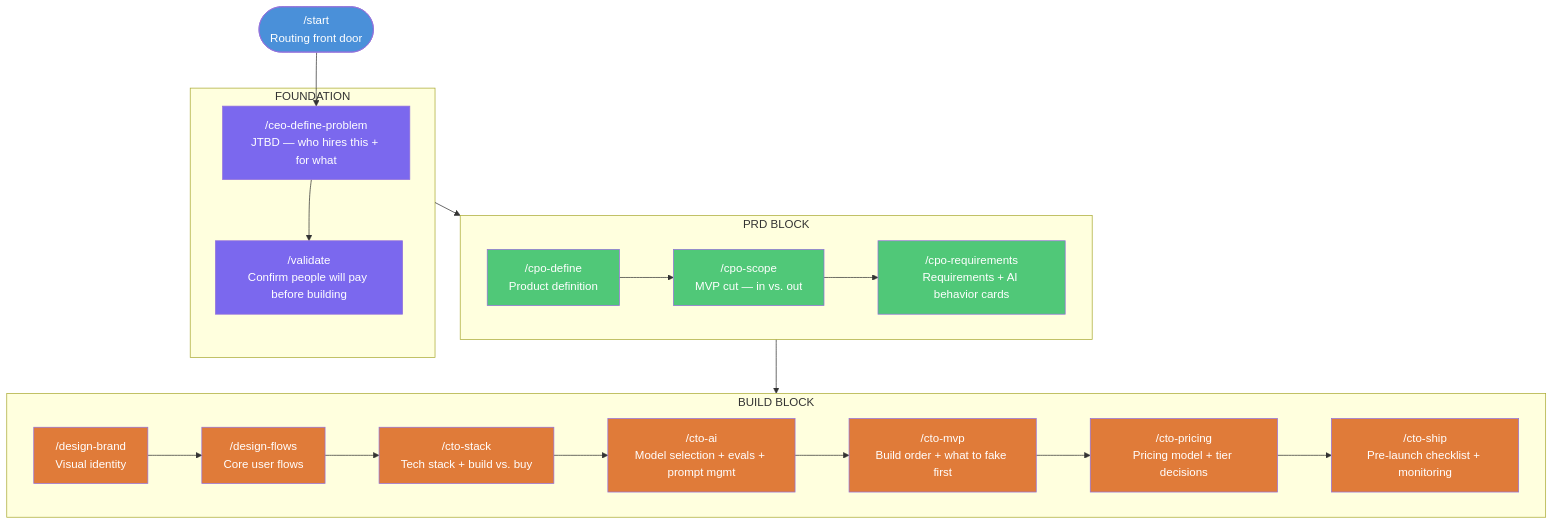
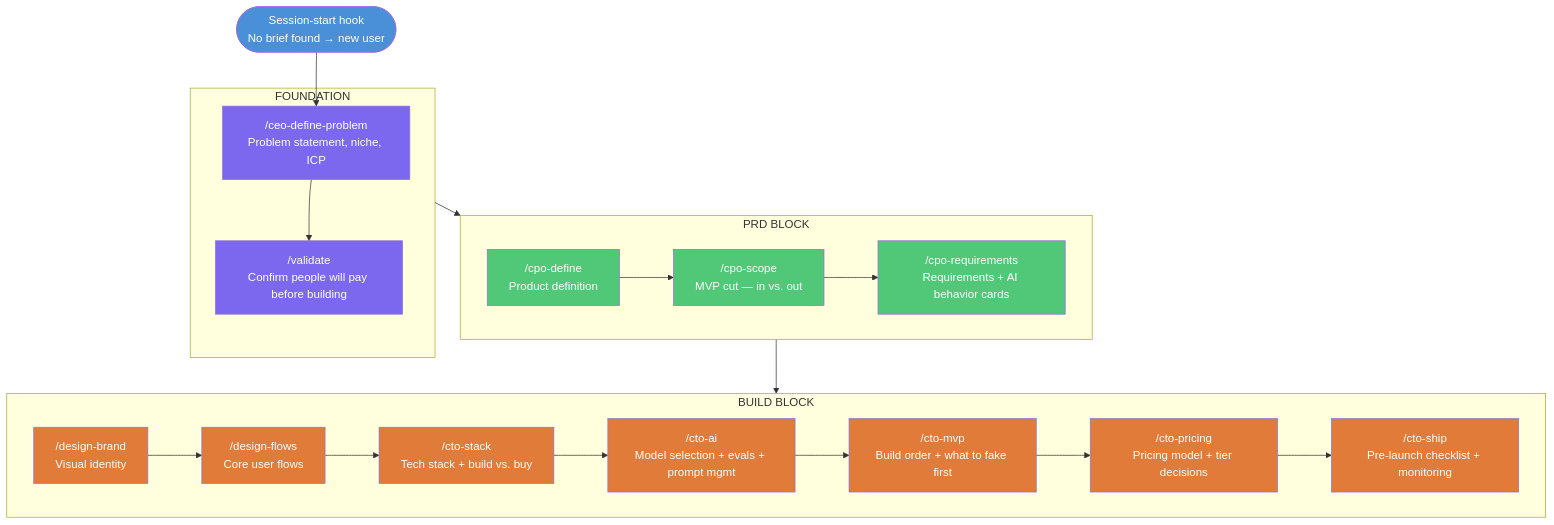
One commit to PattyOBrienNovak/WDAI-business-pdt-workflows changed the first of 3 diagrams in MVP-Spec-June-9.md. Above: the diagram before and after it, drawn with Mermaid. The commit also changed other lines of this file, not shown here.

First line of the commit message:
Rewrite MVP spec: plugin distribution, hook routing, brief format

````diff
--- a/MVP-Spec-June-9.md
+++ b/MVP-Spec-June-9.md
@@ -69,42 +200,42 @@
 ```mermaid
 flowchart TD
-    START(["/start\nRouting front door"]):::infra
+    HOOK(["Session-start hook\nNo brief found → new user"]):::infra
 
-    START --> CEO
+    HOOK --> CEO
 
     subgraph FOUNDATION ["FOUNDATION"]
-        CEO["/ceo-define-problem\nJTBD — who hires this + for what"]
+        CEO["/ceo-define-problem\nProblem statement, niche, ICP"]
         VAL["/validate\nConfirm people will pay before building"]
         CEO --> VAL
     end
 
     subgraph PRD ["PRD BLOCK"]
         CPO1["/cpo-define\nProduct definition"]
         CPO2["/cpo-scope\nMVP cut — in vs. out"]
         CPO3["/cpo-requirements\nRequirements + AI behavior cards"]
         CPO1 --> CPO2 --> CPO3
     end
 
     subgraph BUILD ["BUILD BLOCK"]
         DES1["/design-brand\nVisual identity"]
         DES2["/design-flows\nCore user flows"]
         CTO1["/cto-stack\nTech stack + build vs. buy"]
         CTO2["/cto-ai\nModel selection + evals + prompt mgmt"]
         CTO3["/cto-mvp\nBuild order + what to fake first"]
         CTO4["/cto-pricing\nPricing model + tier decisions"]
         CTO5["/cto-ship\nPre-launch checklist + monitoring"]
         DES1 --> DES2 --> CTO1 --> CTO2 --> CTO3 --> CTO4 --> CTO5
     end
 
     FOUNDATION --> PRD
     PRD --> BUILD
 
     classDef infra fill:#4A90D9,color:#fff
     classDef foundation fill:#7B68EE,color:#fff
     classDef prd fill:#50C878,color:#fff
     classDef build fill:#E07B39,color:#fff
-    class START infra
+    class HOOK infra
     class CEO,VAL foundation
     class CPO1,CPO2,CPO3 prd
     class DES1,DES2,CTO1,CTO2,CTO3,CTO4,CTO5 build
 ```
````
